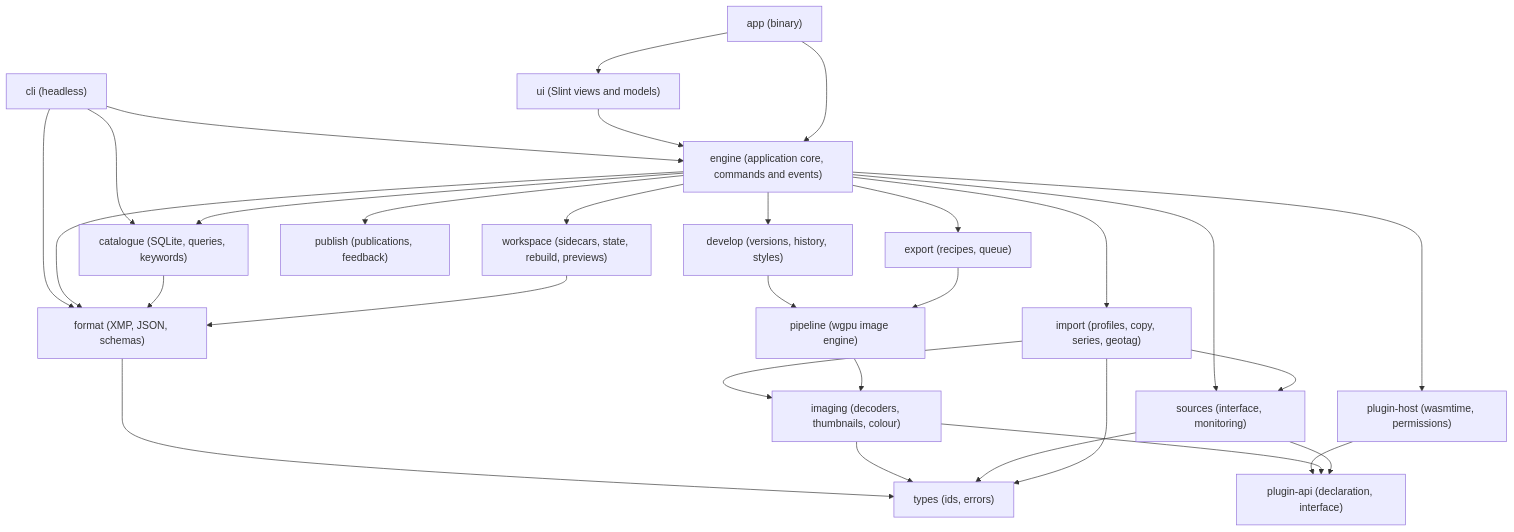
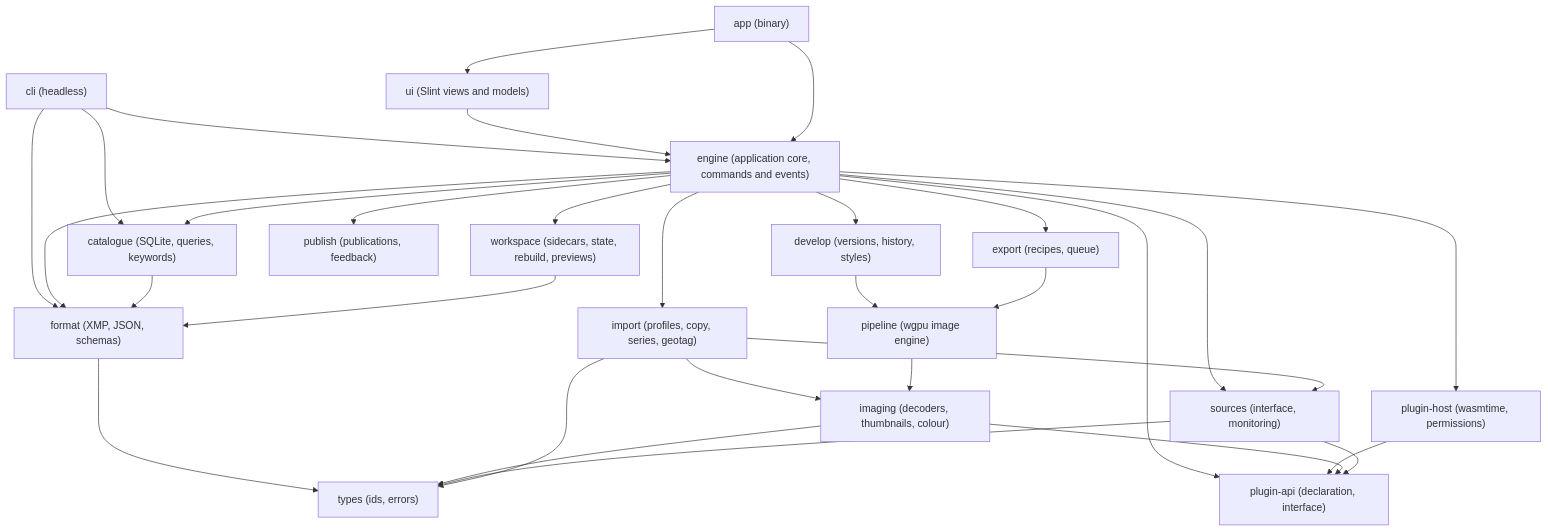
One commit to patrickfournier/auroraw changed the first of 2 diagrams in docs/architecture.md. Above: the diagram before and after it, drawn with Mermaid. The commit also changed 26 other files, not shown here.

````diff
--- a/docs/architecture.md
+++ b/docs/architecture.md
@@ -68,32 +68,33 @@
 ```mermaid
 flowchart TD
   app["app (binary)"] --> ui["ui (Slint views and models)"]
   cli["cli (headless)"] --> engine
   cli --> catalogue
   cli --> format
   ui --> engine["engine (application core, commands and events)"]
   engine --> develop["develop (versions, history, styles)"]
   engine --> import["import (profiles, copy, series, geotag)"]
   engine --> export["export (recipes, queue)"]
   engine --> publish["publish (publications, feedback)"]
   engine --> catalogue["catalogue (SQLite, queries, keywords)"]
   engine --> workspace["workspace (sidecars, state, rebuild, previews)"]
   engine --> sources["sources (interface, monitoring)"]
   engine --> host["plugin-host (wasmtime, permissions)"]
   engine --> format
+  engine --> api
   develop --> pipeline["pipeline (wgpu image engine)"]
   export --> pipeline
   import --> imaging["imaging (decoders, thumbnails, colour)"]
   pipeline --> imaging
   catalogue --> format["format (XMP, JSON, schemas)"]
   workspace --> format
   host --> api["plugin-api (declaration, interface)"]
   format --> types["types (ids, errors)"]
   imaging --> types
   imaging --> api
   sources --> api
   sources --> types
   import --> sources
   import --> types
   app --> engine
 ```
````
